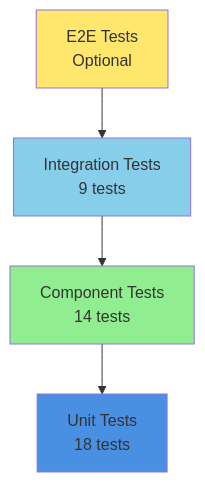
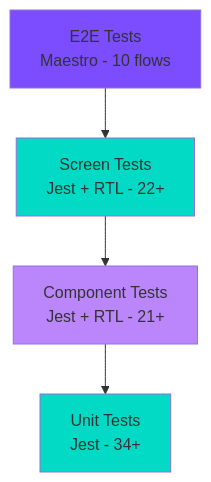
One commit to Eyuel29/auth_expo changed diagram 15 of 18 in docs/ARCHITECTURE.md. Above: the diagram before and after it, drawn with Mermaid. The commit also changed other lines of this file and 5 other files, not shown here.

````diff
--- a/docs/ARCHITECTURE.md
+++ b/docs/ARCHITECTURE.md
@@ -477,16 +491,11 @@
 ```mermaid
 graph TD
-    A[E2E Tests<br/>Optional]
-    B[Integration Tests<br/>9 tests]
-    C[Component Tests<br/>14 tests]
-    D[Unit Tests<br/>18 tests]
+    A[E2E Tests<br/>Maestro - 10 flows] --> B[Screen Tests<br/>Jest + RTL - 22+]
+    B --> C[Component Tests<br/>Jest + RTL - 21+]
+    C --> D[Unit Tests<br/>Jest - 34+]
 
-    A --> B
-    B --> C
-    C --> D
-
-    style A fill:#FFE66D
-    style B fill:#87CEEB
-    style C fill:#90EE90
-    style D fill:#4A90E2
+    style A fill:#7c4dff
+    style B fill:#03dac6
+    style C fill:#bb86fc
+    style D fill:#03dac6
 ```
````
